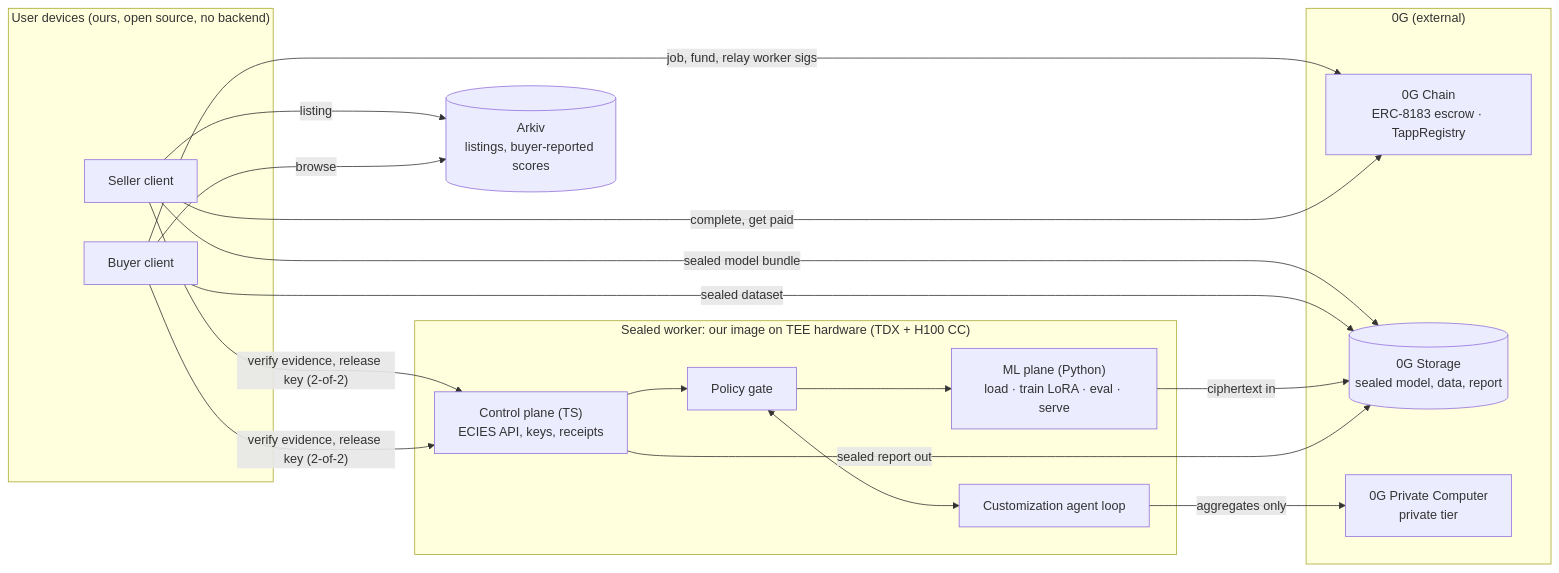
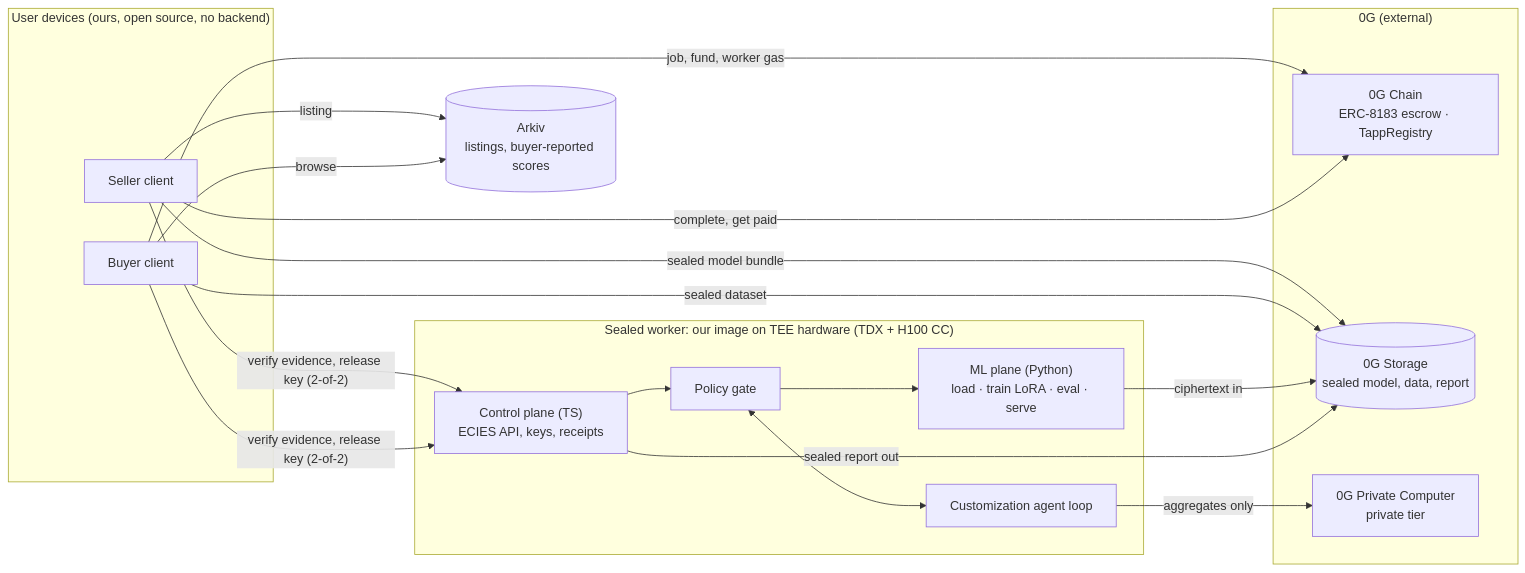
The first of 16 diagrams in docs/ARCHITECTURE.md (Soni-Shivam/Pivot_HTE), drawn with Mermaid before and after one commit. The commit also changed other lines of this file and 24 other files, not shown here.

````diff
--- a/docs/ARCHITECTURE.md
+++ b/docs/ARCHITECTURE.md
@@ -11,35 +11,35 @@
 ```mermaid
 flowchart LR
     subgraph DEV["User devices (ours, open source, no backend)"]
         SC["Seller client"]
         BC["Buyer client"]
     end
 
     subgraph TEE["Sealed worker: our image on TEE hardware (TDX + H100 CC)"]
         API["Control plane (TS)<br/>ECIES API, keys, receipts"]
         GATE["Policy gate"]
         PLAN["Customization agent loop"]
         ML["ML plane (Python)<br/>load · train LoRA · eval · serve"]
         API --> GATE
         GATE <--> PLAN
         GATE --> ML
     end
 
     subgraph ZG["0G (external)"]
         CHAIN["0G Chain<br/>ERC-8183 escrow · TappRegistry"]
         STORE[("0G Storage<br/>sealed model, data, report")]
         ROUTER["0G Private Computer<br/>private tier"]
     end
     ARKIV[("Arkiv<br/>listings, buyer-reported scores")]
 
     SC -- "sealed model bundle" --> STORE
     BC -- "sealed dataset" --> STORE
     SC -- "listing" --> ARKIV
     BC -- "browse" --> ARKIV
     SC & BC -- "verify evidence, release key (2-of-2)" --> API
-    BC -- "job, fund, relay worker sigs" --> CHAIN
+    BC -- "job, fund, worker gas" --> CHAIN
     SC -- "complete, get paid" --> CHAIN
     ML -- "ciphertext in" --> STORE
     API -- "sealed report out" --> STORE
     PLAN -- "aggregates only" --> ROUTER
 ```
````
